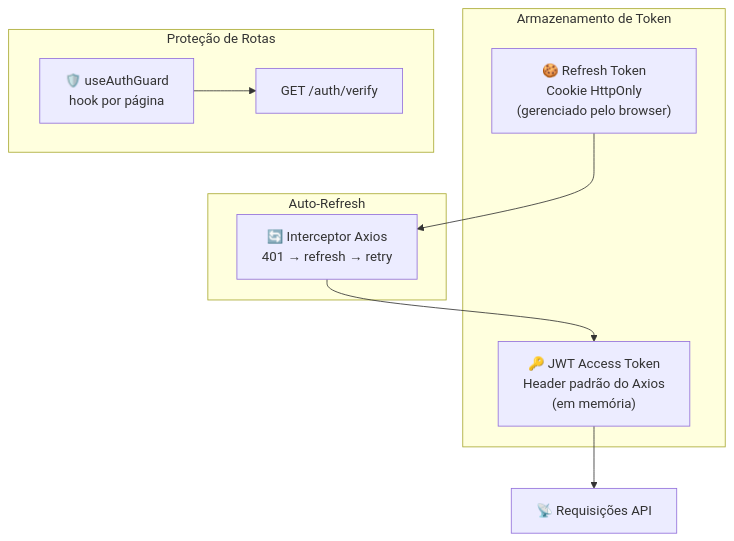
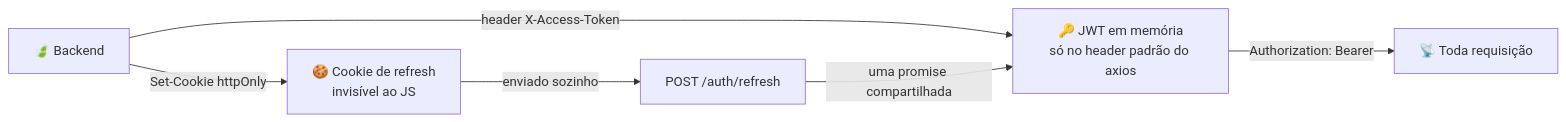
One commit to AndDev741/Beyou-arch-design changed the diagram in architecture/ui-security/pt.md. Above: the diagram before and after it, drawn with Mermaid. The commit also changed other lines of this file and 7 other files, not shown here.

First line of the commit message:
docs(architecture): language-theme and ui-security match the shipped code

````diff
--- a/architecture/ui-security/pt.md
+++ b/architecture/ui-security/pt.md
@@ -10,21 +10,8 @@
 ```mermaid
-flowchart TD
-  subgraph "Armazenamento de Token"
-    JWT["🔑 JWT Access Token<br/>Header padrão do Axios<br/>(em memória)"]
-    REF["🍪 Refresh Token<br/>Cookie HttpOnly<br/>(gerenciado pelo browser)"]
-  end
-
-  subgraph "Proteção de Rotas"
-    GUARD["🛡️ useAuthGuard<br/>hook por página"]
-    VERIFY["GET /auth/verify"]
-  end
-
-  subgraph "Auto-Refresh"
-    INT["🔄 Interceptor Axios<br/>401 → refresh → retry"]
-  end
-
-  JWT --> API["📡 Requisições API"]
-  REF --> INT
-  GUARD --> VERIFY
-  INT --> JWT
+flowchart LR
+  BE["🍃 Backend"] -->|"header X-Access-Token"| MEM["🔑 JWT em memória<br/>só no header padrão do axios"]
+  BE -->|"Set-Cookie httpOnly"| CK["🍪 Cookie de refresh<br/>invisível ao JS"]
+  MEM -->|"Authorization: Bearer"| API["📡 Toda requisição"]
+  CK -->|"enviado sozinho"| REF["POST /auth/refresh"]
+  REF -->|"uma promise compartilhada"| MEM
 ```
````
